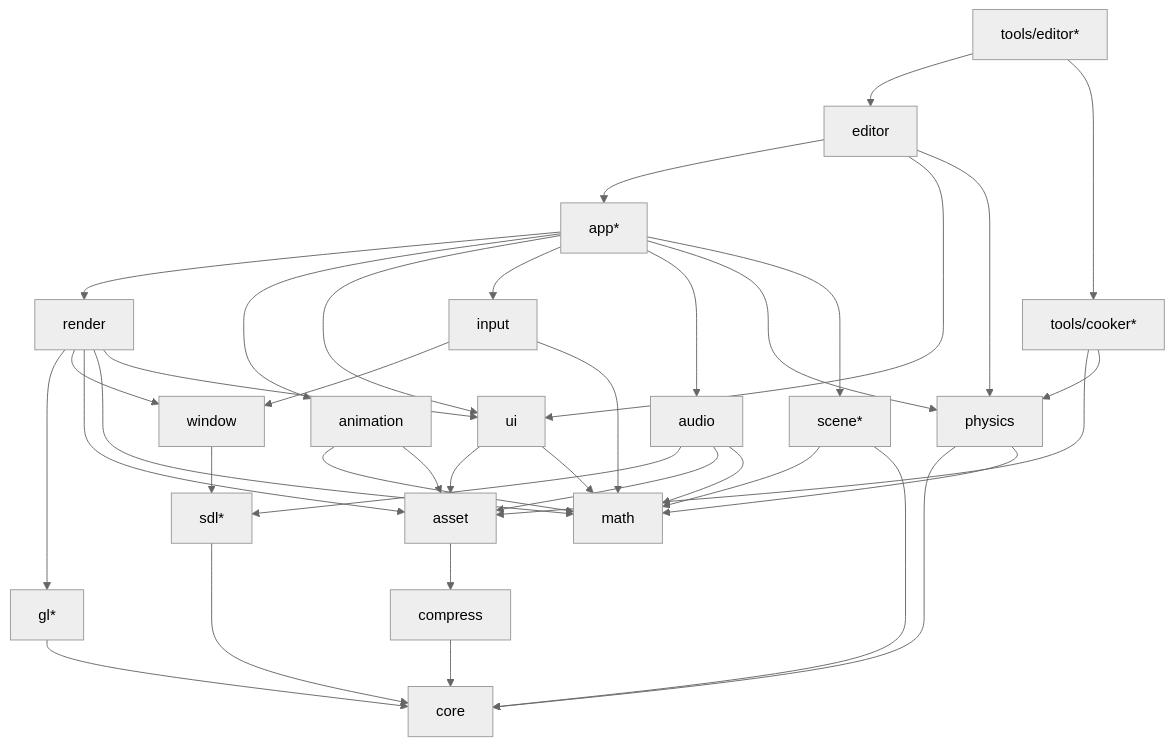
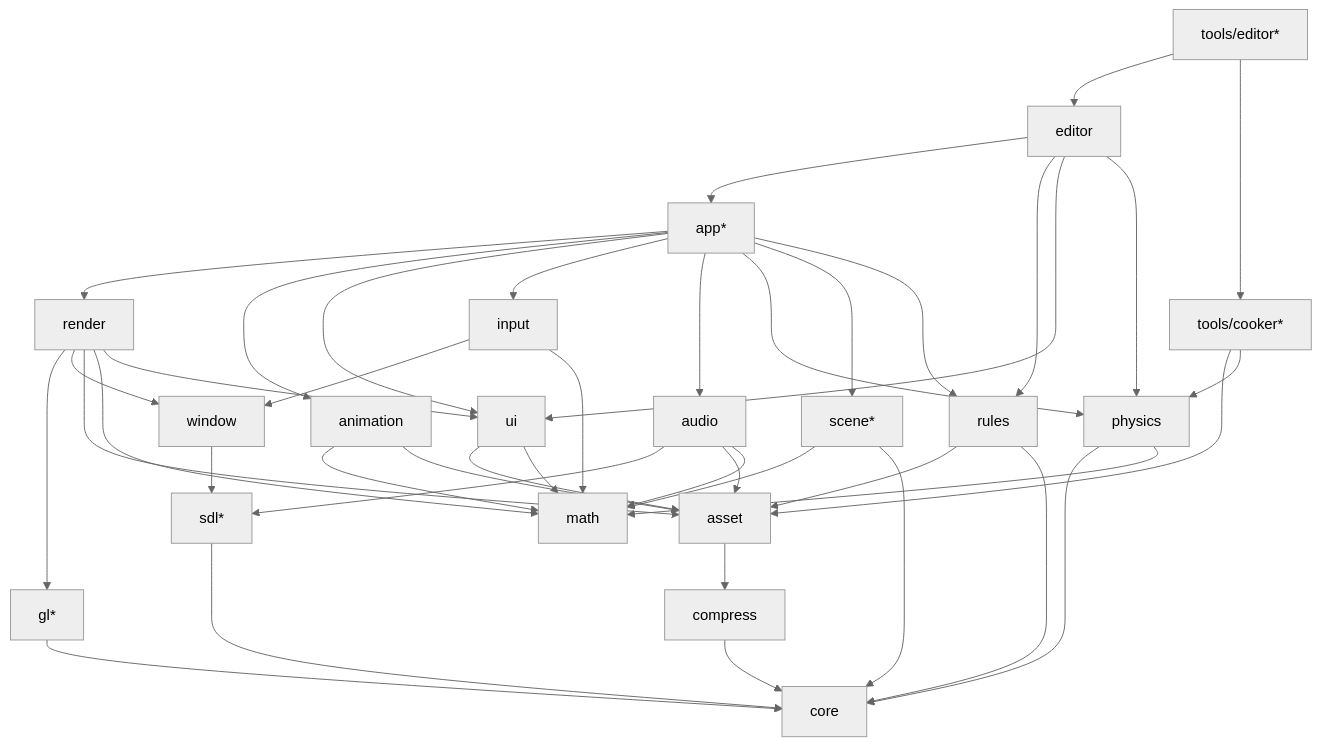
Before and after one commit to ilumar589/JEddyFramework: the diagram in docs/DESIGN.md, drawn with Mermaid (neutral theme). The commit also changed other lines of this file and 18 other files, not shown here.

First line of the commit message:
M15-01/03: rules plan (DESIGN §20, D96-D100, tasks), the schema-driven .jrules format, the cooker's RulesImporter, the demo's content

````diff
--- a/docs/DESIGN.md
+++ b/docs/DESIGN.md
@@ -89,42 +90,46 @@
 ```mermaid
 graph TD
   core[core]
   math[math]
   compress[compress] --> core
   sdl[sdl*] --> core
   gl[gl*] --> core
   window[window] --> sdl
   input[input] --> window
   input --> math
   asset[asset] --> compress
   render[render] --> gl
   render --> window
   render --> asset
   render --> math
   render --> ui
   ui[ui] --> asset
   ui --> math
   audio[audio] --> sdl
   audio --> asset
   audio --> math
   physics[physics] --> core
   physics --> math
   scene[scene*] --> math
   scene --> core
   animation[animation] --> math
   animation --> asset
+  rules[rules] --> asset
+  rules --> core
   editor[editor] --> app
+  editor --> rules
   editor --> ui
   editor --> physics
   editortool[tools/editor*] --> editor
   editortool --> cooker
   app[app*] --> render
   app --> animation
   app --> ui
   app --> input
   app --> audio
   app --> physics
   app --> scene
+  app --> rules
   cooker[tools/cooker*] --> asset
   cooker --> physics
 ```
````
